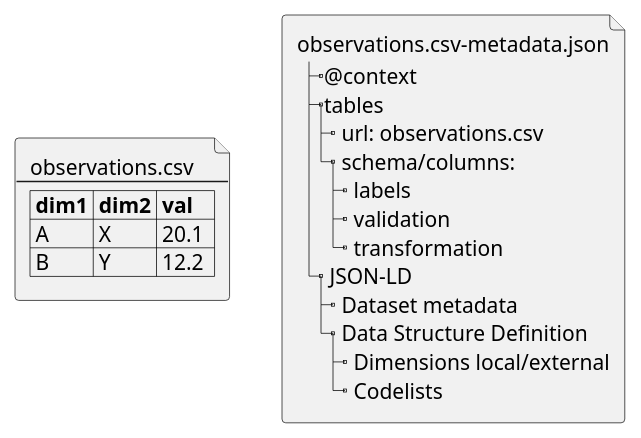
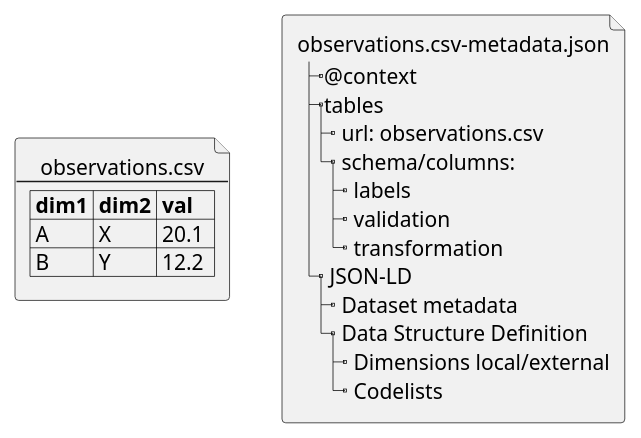
Before and after one commit to GSS-Cogs/architecture: the diagram in dataset-csvw.puml, drawn with PlantUML. The commit also changed 4 other files, not shown here.

Commit message:
Describe RAP a bit more. Use reddress-lightorange theme.

```diff
--- a/dataset-csvw.puml
+++ b/dataset-csvw.puml
@@ -1,23 +1,26 @@
 @startuml
+!theme reddress-lightorange
+skinparam defaultTextAlignment center
+
 file csv as "observations.csv
 --
 |= dim1 |= dim2 |= val  |
 | A     | X     | 20.1  |
 | B     | Y     | 12.2  |
 "
 
 file json as "observations.csv-metadata.json
 |_@context
 |_tables
   |_ url: observations.csv
   |_ schema/columns:
     |_ labels
     |_ validation
     |_ transformation
 |_ JSON-LD
   |_ Dataset metadata
   |_ Data Structure Definition
     |_ Dimensions local/external
     |_ Codelists
 "
 @enduml
```
